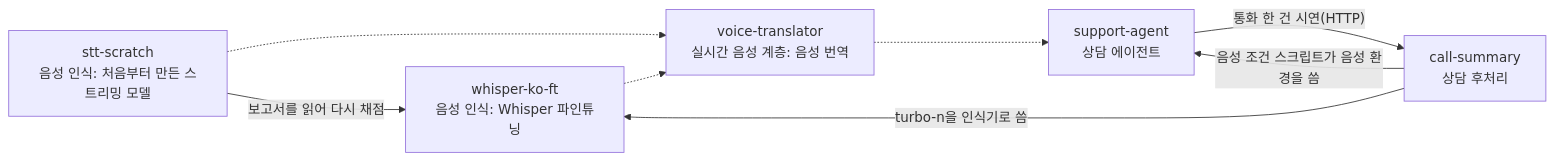
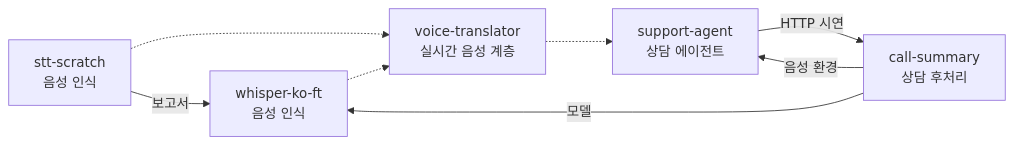
Before and after one commit to hyeonbin123/korean-voice-ai: the diagram in README.md, drawn with Mermaid. The commit also changed other lines of this file and 1 other file, not shown here.

````diff
--- a/README.md
+++ b/README.md
@@ -17,15 +16,15 @@
 ```mermaid
 flowchart LR
-    whisper["whisper-ko-ft<br/>음성 인식: Whisper 파인튜닝"]
-    stt["stt-scratch<br/>음성 인식: 처음부터 만든 스트리밍 모델"]
-    voice["voice-translator<br/>실시간 음성 계층: 음성 번역"]
+    stt["stt-scratch<br/>음성 인식"]
+    whisper["whisper-ko-ft<br/>음성 인식"]
+    voice["voice-translator<br/>실시간 음성 계층"]
     agent["support-agent<br/>상담 에이전트"]
     summary["call-summary<br/>상담 후처리"]
+    stt -->|"보고서"| whisper
+    stt -.-> voice
     whisper -.-> voice
-    stt -.-> voice
     voice -.-> agent
-    agent -->|"통화 한 건 시연(HTTP)"| summary
-    summary -->|"음성 조건 스크립트가 음성 환경을 씀"| agent
-    summary -->|"turbo-n을 인식기로 씀"| whisper
-    stt -->|"보고서를 읽어 다시 채점"| whisper
+    agent -->|"HTTP 시연"| summary
+    summary -->|"음성 환경"| agent
+    summary -->|"모델"| whisper
 ```
````
